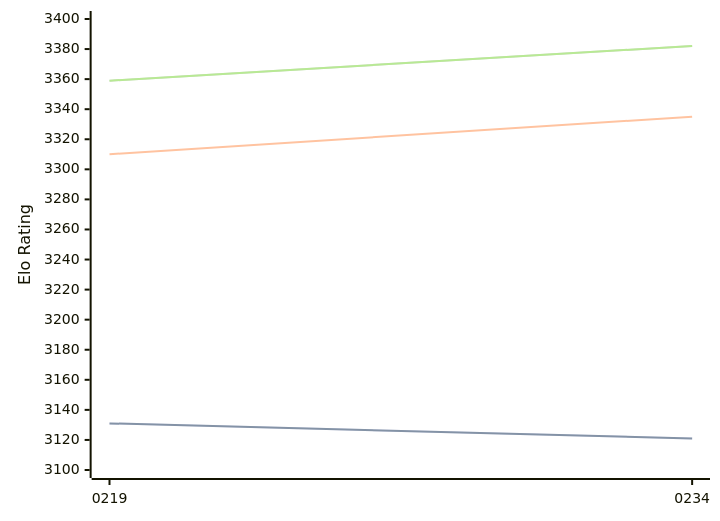
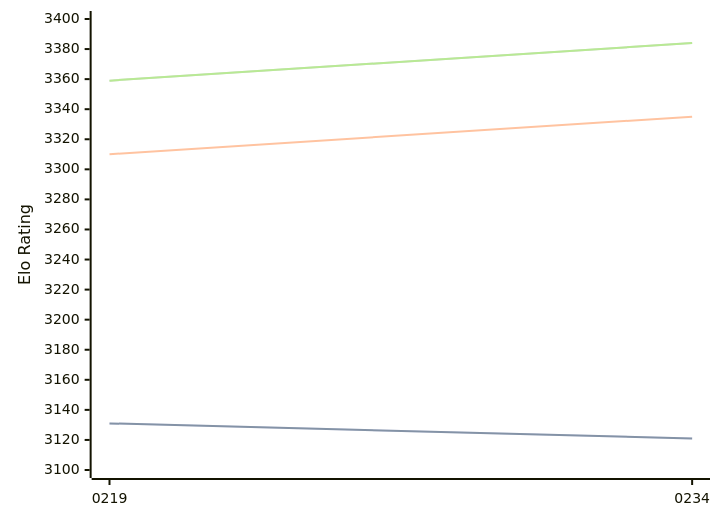
One commit to computer-chess-index/cci changed the diagram in engines/Ynode.md. Above: the diagram before and after it, drawn with Mermaid. The commit also changed other lines of this file, not shown here.

Commit message:
Update CCI Ratings (ELO VLTC) - 2026-08-06

````diff
--- a/engines/Ynode.md
+++ b/engines/Ynode.md
@@ -39,11 +39,11 @@
 ```mermaid
 %%{init: {"theme":"base","themeVariables":{"seriesColors:['#a3a3a3','#222221','#faa371']}}}%%
 xychart-beta
   x-axis ["0219", "0234"]
   y-axis "Elo Rating" 3100 --> 3400
   line "STC (8.0+0.08s)" [3131, 3121]
   line "STC (8.0+0.08s)" [3131, 3121]
   line "LTC (60.0+0.60s)" [3310, 3335]
-  line "VLTC (2m24s+1.12s)" [3359, 3382]
-  line "VLTC (2m24s+1.12s)" [3359, 3382]
+  line "VLTC (2m24s+1.12s)" [3359, 3384]
+  line "VLTC (2m24s+1.12s)" [3359, 3384]
 ```
````
